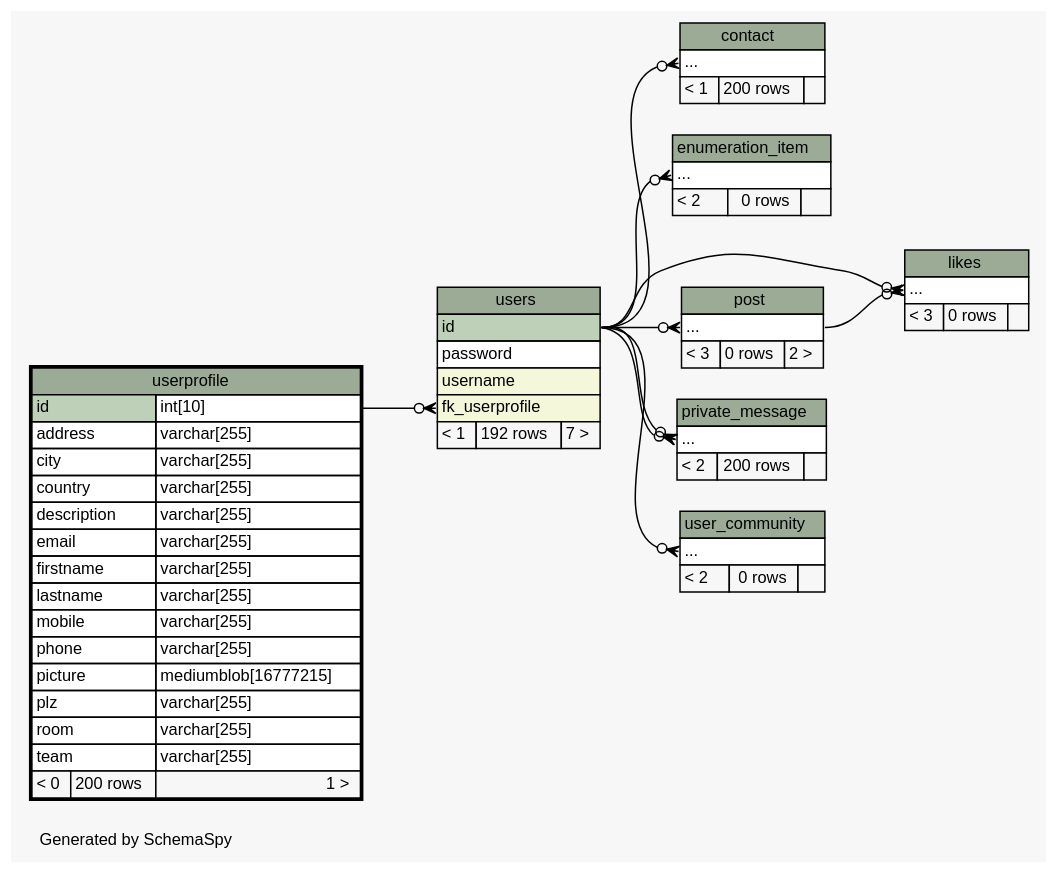
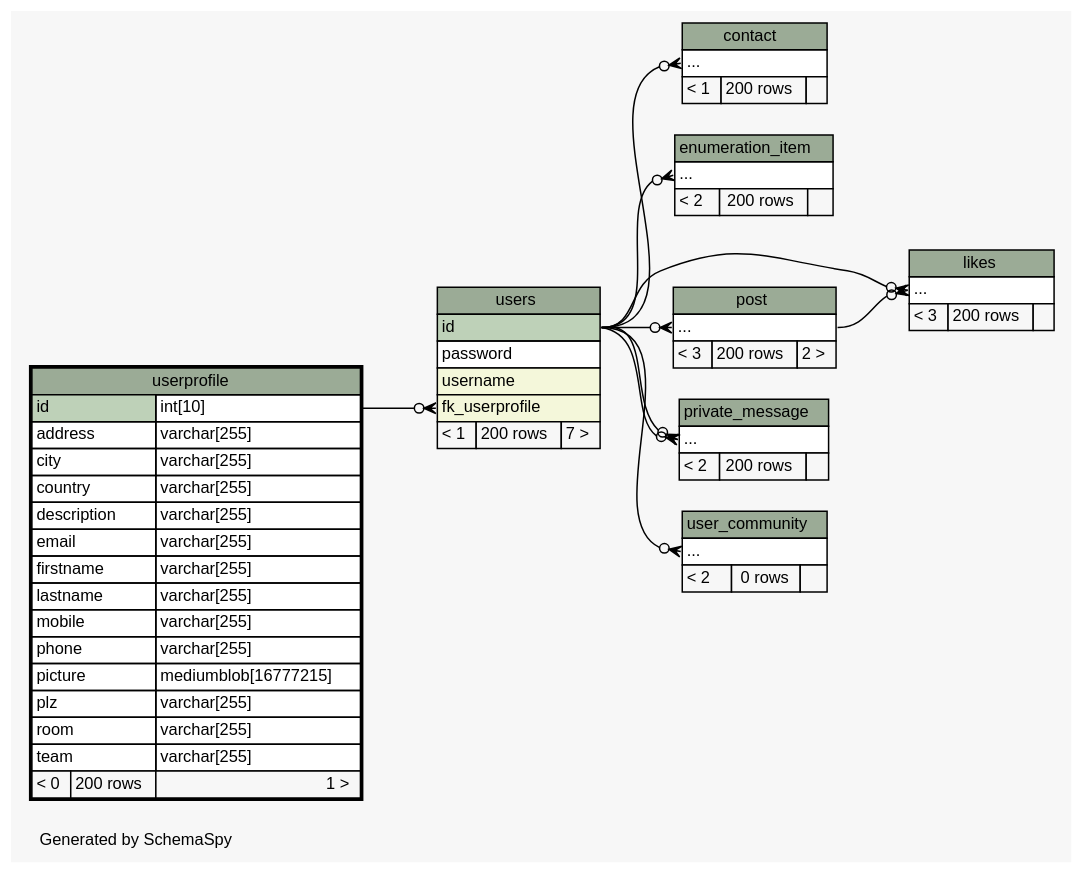
One commit to chr-krenn/chr-krenn-fhj-ws2017-sd17-pse changed the diagram in doc/db_schema/diagrams/userprofile.2degrees.dot. Above: the diagram before and after it, drawn with Graphviz. The commit also changed 65 other files, not shown here.

```diff
--- a/doc/db_schema/diagrams/userprofile.2degrees.dot
+++ b/doc/db_schema/diagrams/userprofile.2degrees.dot
@@ -1,127 +1,127 @@
 // dot 2.40.1 on Linux 4.12.5-300.fc26.x86_64
 // SchemaSpy rev 590
 digraph "twoDegreesRelationshipsDiagram" {
   graph [
     rankdir="RL"
     bgcolor="#f7f7f7"
     label="\nGenerated by SchemaSpy"
     labeljust="l"
     nodesep="0.18"
     ranksep="0.46"
     fontname="Helvetica"
     fontsize="11"
   ];
   node [
     fontname="Helvetica"
     fontsize="11"
     shape="plaintext"
   ];
   edge [
     arrowsize="0.8"
   ];
   "contact":"elipses":w -> "users":"id":e [arrowhead=none dir=back arrowtail=crowodot];
   "enumeration_item":"elipses":w -> "users":"id":e [arrowhead=none dir=back arrowtail=crowodot];
   "likes":"elipses":w -> "post":"elipses":e [arrowhead=none dir=back arrowtail=crowodot];
   "likes":"elipses":w -> "users":"id":e [arrowhead=none dir=back arrowtail=crowodot];
   "post":"elipses":w -> "users":"id":e [arrowhead=none dir=back arrowtail=crowodot];
   "private_message":"elipses":w -> "users":"id":e [arrowhead=none dir=back arrowtail=crowodot];
   "private_message":"elipses":w -> "users":"id":e [arrowhead=none dir=back arrowtail=crowodot];
   "user_community":"elipses":w -> "users":"id":e [arrowhead=none dir=back arrowtail=crowodot];
   "users":"fk_userprofile":w -> "userprofile":"id.type":e [arrowhead=none dir=back arrowtail=crowodot];
   "contact" [
     label=<
     <TABLE BORDER="0" CELLBORDER="1" CELLSPACING="0" BGCOLOR="#ffffff">
       <TR><TD COLSPAN="3" BGCOLOR="#9bab96" ALIGN="CENTER">contact</TD></TR>
       <TR><TD PORT="elipses" COLSPAN="3" ALIGN="LEFT">...</TD></TR>
       <TR><TD ALIGN="LEFT" BGCOLOR="#f7f7f7">&lt; 1</TD><TD ALIGN="RIGHT" BGCOLOR="#f7f7f7">200 rows</TD><TD ALIGN="RIGHT" BGCOLOR="#f7f7f7">  </TD></TR>
     </TABLE>>
     URL="contact.html"
     tooltip="contact"
   ];
   "enumeration_item" [
     label=<
     <TABLE BORDER="0" CELLBORDER="1" CELLSPACING="0" BGCOLOR="#ffffff">
       <TR><TD COLSPAN="3" BGCOLOR="#9bab96" ALIGN="CENTER">enumeration_item</TD></TR>
       <TR><TD PORT="elipses" COLSPAN="3" ALIGN="LEFT">...</TD></TR>
-      <TR><TD ALIGN="LEFT" BGCOLOR="#f7f7f7">&lt; 2</TD><TD ALIGN="RIGHT" BGCOLOR="#f7f7f7">0 rows</TD><TD ALIGN="RIGHT" BGCOLOR="#f7f7f7">  </TD></TR>
+      <TR><TD ALIGN="LEFT" BGCOLOR="#f7f7f7">&lt; 2</TD><TD ALIGN="RIGHT" BGCOLOR="#f7f7f7">200 rows</TD><TD ALIGN="RIGHT" BGCOLOR="#f7f7f7">  </TD></TR>
     </TABLE>>
     URL="enumeration_item.html"
     tooltip="enumeration_item"
   ];
   "likes" [
     label=<
     <TABLE BORDER="0" CELLBORDER="1" CELLSPACING="0" BGCOLOR="#ffffff">
       <TR><TD COLSPAN="3" BGCOLOR="#9bab96" ALIGN="CENTER">likes</TD></TR>
       <TR><TD PORT="elipses" COLSPAN="3" ALIGN="LEFT">...</TD></TR>
-      <TR><TD ALIGN="LEFT" BGCOLOR="#f7f7f7">&lt; 3</TD><TD ALIGN="RIGHT" BGCOLOR="#f7f7f7">0 rows</TD><TD ALIGN="RIGHT" BGCOLOR="#f7f7f7">  </TD></TR>
+      <TR><TD ALIGN="LEFT" BGCOLOR="#f7f7f7">&lt; 3</TD><TD ALIGN="RIGHT" BGCOLOR="#f7f7f7">200 rows</TD><TD ALIGN="RIGHT" BGCOLOR="#f7f7f7">  </TD></TR>
     </TABLE>>
     URL="likes.html"
     tooltip="likes"
   ];
   "post" [
     label=<
     <TABLE BORDER="0" CELLBORDER="1" CELLSPACING="0" BGCOLOR="#ffffff">
       <TR><TD COLSPAN="3" BGCOLOR="#9bab96" ALIGN="CENTER">post</TD></TR>
       <TR><TD PORT="elipses" COLSPAN="3" ALIGN="LEFT">...</TD></TR>
-      <TR><TD ALIGN="LEFT" BGCOLOR="#f7f7f7">&lt; 3</TD><TD ALIGN="RIGHT" BGCOLOR="#f7f7f7">0 rows</TD><TD ALIGN="RIGHT" BGCOLOR="#f7f7f7">2 &gt;</TD></TR>
+      <TR><TD ALIGN="LEFT" BGCOLOR="#f7f7f7">&lt; 3</TD><TD ALIGN="RIGHT" BGCOLOR="#f7f7f7">200 rows</TD><TD ALIGN="RIGHT" BGCOLOR="#f7f7f7">2 &gt;</TD></TR>
     </TABLE>>
     URL="post.html"
     tooltip="post"
   ];
   "private_message" [
     label=<
     <TABLE BORDER="0" CELLBORDER="1" CELLSPACING="0" BGCOLOR="#ffffff">
       <TR><TD COLSPAN="3" BGCOLOR="#9bab96" ALIGN="CENTER">private_message</TD></TR>
       <TR><TD PORT="elipses" COLSPAN="3" ALIGN="LEFT">...</TD></TR>
       <TR><TD ALIGN="LEFT" BGCOLOR="#f7f7f7">&lt; 2</TD><TD ALIGN="RIGHT" BGCOLOR="#f7f7f7">200 rows</TD><TD ALIGN="RIGHT" BGCOLOR="#f7f7f7">  </TD></TR>
     </TABLE>>
     URL="private_message.html"
     tooltip="private_message"
   ];
   "user_community" [
     label=<
     <TABLE BORDER="0" CELLBORDER="1" CELLSPACING="0" BGCOLOR="#ffffff">
       <TR><TD COLSPAN="3" BGCOLOR="#9bab96" ALIGN="CENTER">user_community</TD></TR>
       <TR><TD PORT="elipses" COLSPAN="3" ALIGN="LEFT">...</TD></TR>
       <TR><TD ALIGN="LEFT" BGCOLOR="#f7f7f7">&lt; 2</TD><TD ALIGN="RIGHT" BGCOLOR="#f7f7f7">0 rows</TD><TD ALIGN="RIGHT" BGCOLOR="#f7f7f7">  </TD></TR>
     </TABLE>>
     URL="user_community.html"
     tooltip="user_community"
   ];
   "userprofile" [
     label=<
     <TABLE BORDER="2" CELLBORDER="1" CELLSPACING="0" BGCOLOR="#ffffff">
       <TR><TD COLSPAN="3" BGCOLOR="#9bab96" ALIGN="CENTER">userprofile</TD></TR>
       <TR><TD PORT="id" COLSPAN="2" BGCOLOR="#bed1b8" ALIGN="LEFT">id</TD><TD PORT="id.type" ALIGN="LEFT">int[10]</TD></TR>
       <TR><TD PORT="address" COLSPAN="2" ALIGN="LEFT">address</TD><TD PORT="address.type" ALIGN="LEFT">varchar[255]</TD></TR>
       <TR><TD PORT="city" COLSPAN="2" ALIGN="LEFT">city</TD><TD PORT="city.type" ALIGN="LEFT">varchar[255]</TD></TR>
       <TR><TD PORT="country" COLSPAN="2" ALIGN="LEFT">country</TD><TD PORT="country.type" ALIGN="LEFT">varchar[255]</TD></TR>
       <TR><TD PORT="description" COLSPAN="2" ALIGN="LEFT">description</TD><TD PORT="description.type" ALIGN="LEFT">varchar[255]</TD></TR>
       <TR><TD PORT="email" COLSPAN="2" ALIGN="LEFT">email</TD><TD PORT="email.type" ALIGN="LEFT">varchar[255]</TD></TR>
       <TR><TD PORT="firstname" COLSPAN="2" ALIGN="LEFT">firstname</TD><TD PORT="firstname.type" ALIGN="LEFT">varchar[255]</TD></TR>
       <TR><TD PORT="lastname" COLSPAN="2" ALIGN="LEFT">lastname</TD><TD PORT="lastname.type" ALIGN="LEFT">varchar[255]</TD></TR>
       <TR><TD PORT="mobile" COLSPAN="2" ALIGN="LEFT">mobile</TD><TD PORT="mobile.type" ALIGN="LEFT">varchar[255]</TD></TR>
       <TR><TD PORT="phone" COLSPAN="2" ALIGN="LEFT">phone</TD><TD PORT="phone.type" ALIGN="LEFT">varchar[255]</TD></TR>
       <TR><TD PORT="picture" COLSPAN="2" ALIGN="LEFT">picture</TD><TD PORT="picture.type" ALIGN="LEFT">mediumblob[16777215]</TD></TR>
       <TR><TD PORT="plz" COLSPAN="2" ALIGN="LEFT">plz</TD><TD PORT="plz.type" ALIGN="LEFT">varchar[255]</TD></TR>
       <TR><TD PORT="room" COLSPAN="2" ALIGN="LEFT">room</TD><TD PORT="room.type" ALIGN="LEFT">varchar[255]</TD></TR>
       <TR><TD PORT="team" COLSPAN="2" ALIGN="LEFT">team</TD><TD PORT="team.type" ALIGN="LEFT">varchar[255]</TD></TR>
       <TR><TD ALIGN="LEFT" BGCOLOR="#f7f7f7">&lt; 0</TD><TD ALIGN="RIGHT" BGCOLOR="#f7f7f7">200 rows</TD><TD ALIGN="RIGHT" BGCOLOR="#f7f7f7">1 &gt;</TD></TR>
     </TABLE>>
     URL="userprofile.html"
     tooltip="userprofile"
   ];
   "users" [
     label=<
     <TABLE BORDER="0" CELLBORDER="1" CELLSPACING="0" BGCOLOR="#ffffff">
       <TR><TD COLSPAN="3" BGCOLOR="#9bab96" ALIGN="CENTER">users</TD></TR>
       <TR><TD PORT="id" COLSPAN="3" BGCOLOR="#bed1b8" ALIGN="LEFT">id</TD></TR>
       <TR><TD PORT="password" COLSPAN="3" ALIGN="LEFT">password</TD></TR>
       <TR><TD PORT="username" COLSPAN="3" BGCOLOR="#f4f7da" ALIGN="LEFT">username</TD></TR>
       <TR><TD PORT="fk_userprofile" COLSPAN="3" BGCOLOR="#f4f7da" ALIGN="LEFT">fk_userprofile</TD></TR>
-      <TR><TD ALIGN="LEFT" BGCOLOR="#f7f7f7">&lt; 1</TD><TD ALIGN="RIGHT" BGCOLOR="#f7f7f7">192 rows</TD><TD ALIGN="RIGHT" BGCOLOR="#f7f7f7">7 &gt;</TD></TR>
+      <TR><TD ALIGN="LEFT" BGCOLOR="#f7f7f7">&lt; 1</TD><TD ALIGN="RIGHT" BGCOLOR="#f7f7f7">200 rows</TD><TD ALIGN="RIGHT" BGCOLOR="#f7f7f7">7 &gt;</TD></TR>
     </TABLE>>
     URL="users.html"
     tooltip="users"
   ];
 }
```
